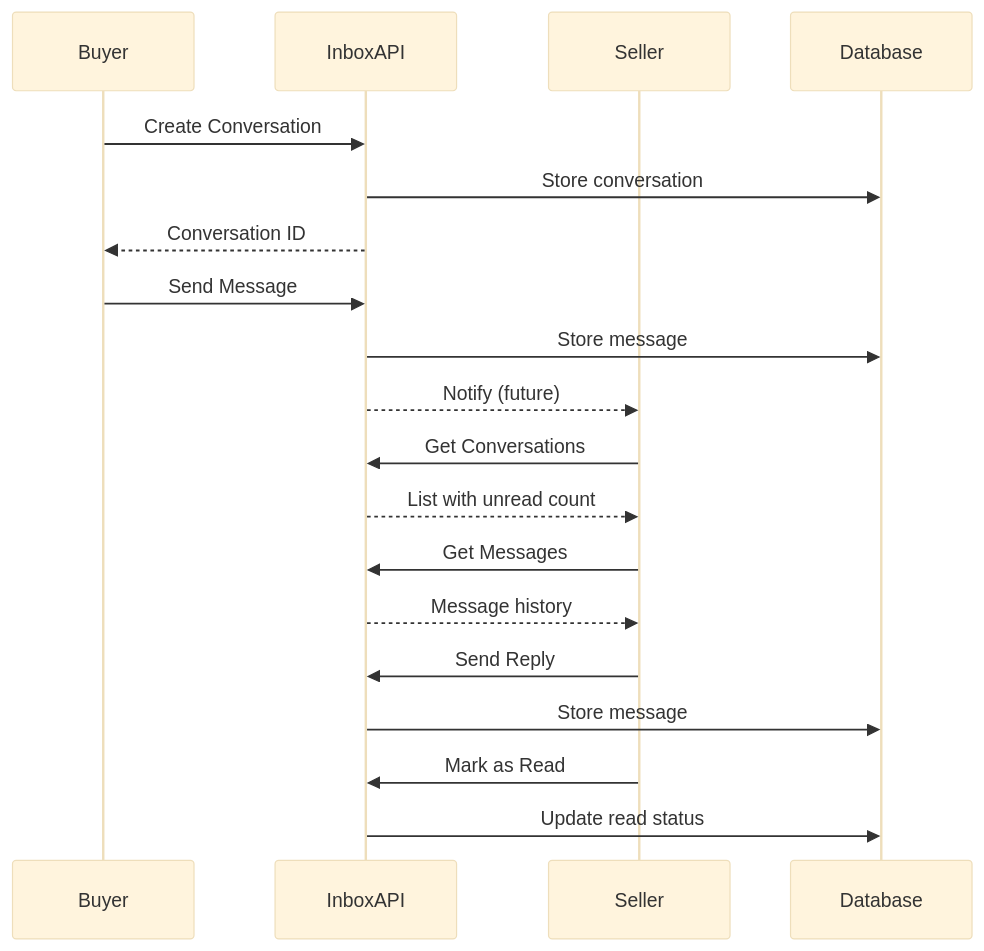
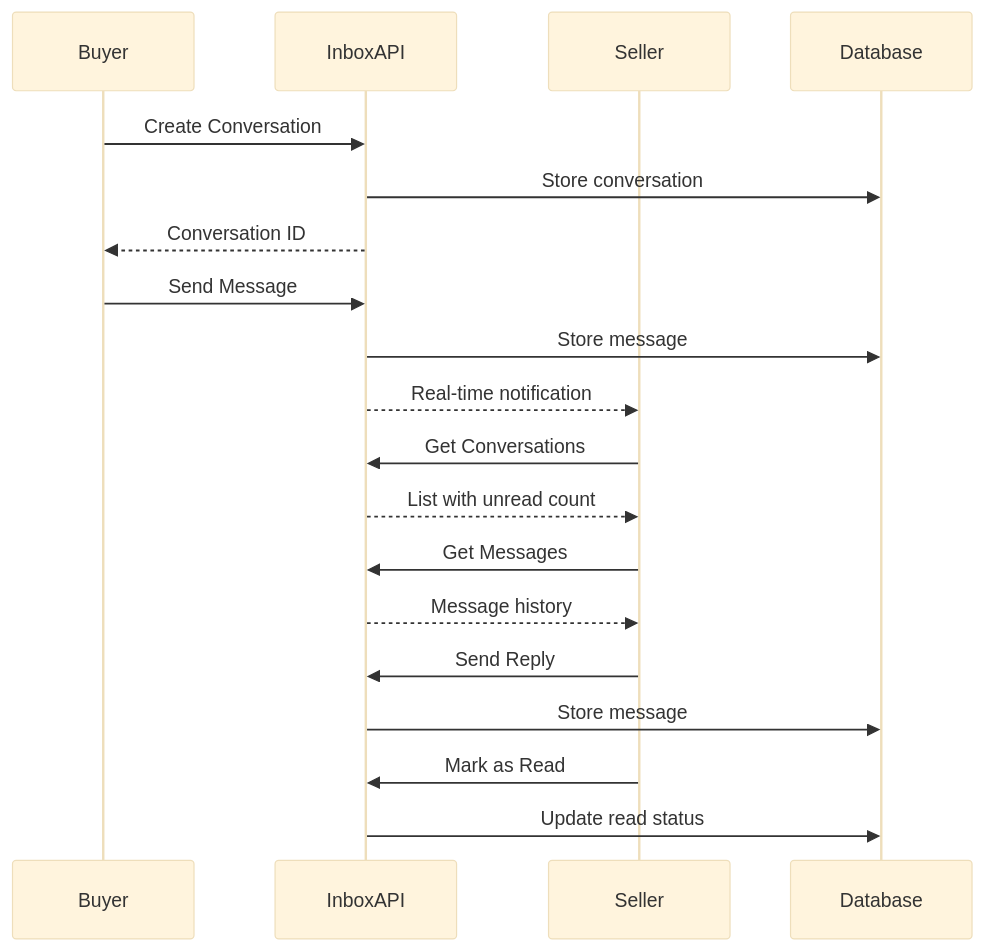
The diagram in api_docs/inbox.md (heybadrinath/Breyus), drawn with Mermaid (base theme) before and after one commit. The commit also changed other lines of this file and 607 other files, not shown here.

````diff
--- a/api_docs/inbox.md
+++ b/api_docs/inbox.md
@@ -18,27 +21,27 @@
 ```mermaid
 sequenceDiagram
     participant Buyer
     participant InboxAPI
     participant Seller
     participant Database
 
     Buyer->>InboxAPI: Create Conversation
     InboxAPI->>Database: Store conversation
     InboxAPI-->>Buyer: Conversation ID
-    
+
     Buyer->>InboxAPI: Send Message
     InboxAPI->>Database: Store message
-    InboxAPI-->>Seller: Notify (future)
-    
+    InboxAPI-->>Seller: Real-time notification
+
     Seller->>InboxAPI: Get Conversations
     InboxAPI-->>Seller: List with unread count
-    
+
     Seller->>InboxAPI: Get Messages
     InboxAPI-->>Seller: Message history
-    
+
     Seller->>InboxAPI: Send Reply
     InboxAPI->>Database: Store message
-    
+
     Seller->>InboxAPI: Mark as Read
     InboxAPI->>Database: Update read status
 ```
````
